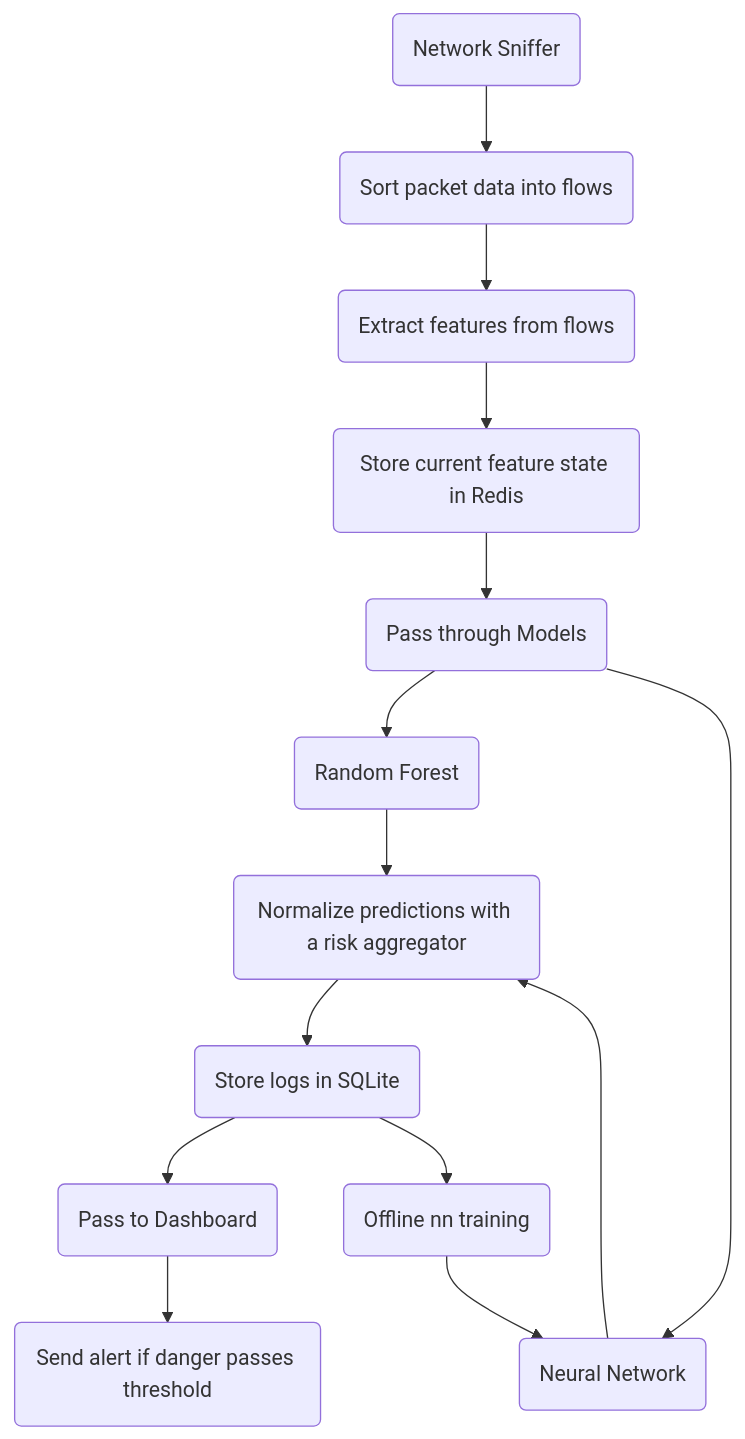
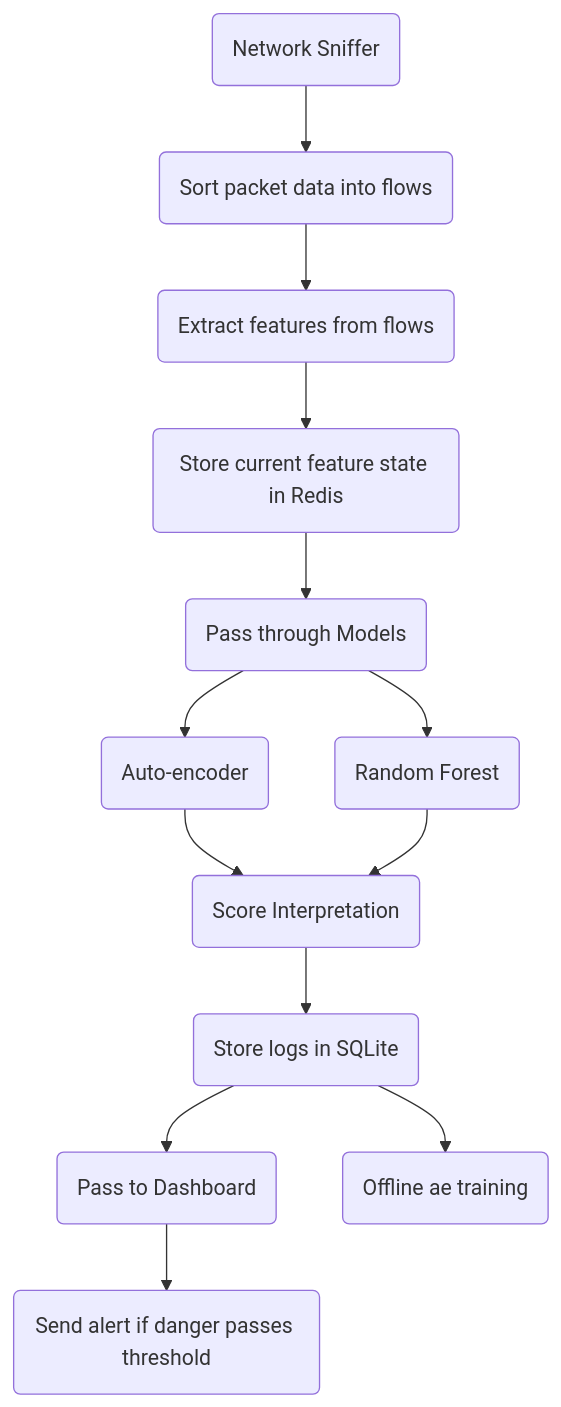
One commit to EcuspDazrt/NIDS changed the diagram in docs/system_design.md. Above: the diagram before and after it, drawn with Mermaid. The commit also changed other lines of this file, not shown here.

````diff
--- a/docs/system_design.md
+++ b/docs/system_design.md
@@ -5,20 +9,20 @@
 ```mermaid
 graph TD
 	A(Network Sniffer)
 	B(Sort packet data into flows)
 	C(Extract features from flows)
 	D(Store current feature state in Redis)
 	E(Pass through Models)
 	F(Random Forest)
-	G(Neural Network)
-    H(Normalize predictions with a risk aggregator)
+	G(Auto-encoder)
+	H(Score Interpretation)
 	I(Store logs in SQLite)
 	J(Pass to Dashboard)
 	K(Send alert if danger passes threshold)
-	L(Offline nn training)
+	L(Offline ae training)
     A --> B --> C --> D --> E --> F
 	E --> G
 	G --> H
 	F --> H --> I --> J --> K
-	I --> L --> G
+	I --> L
 ```
````
